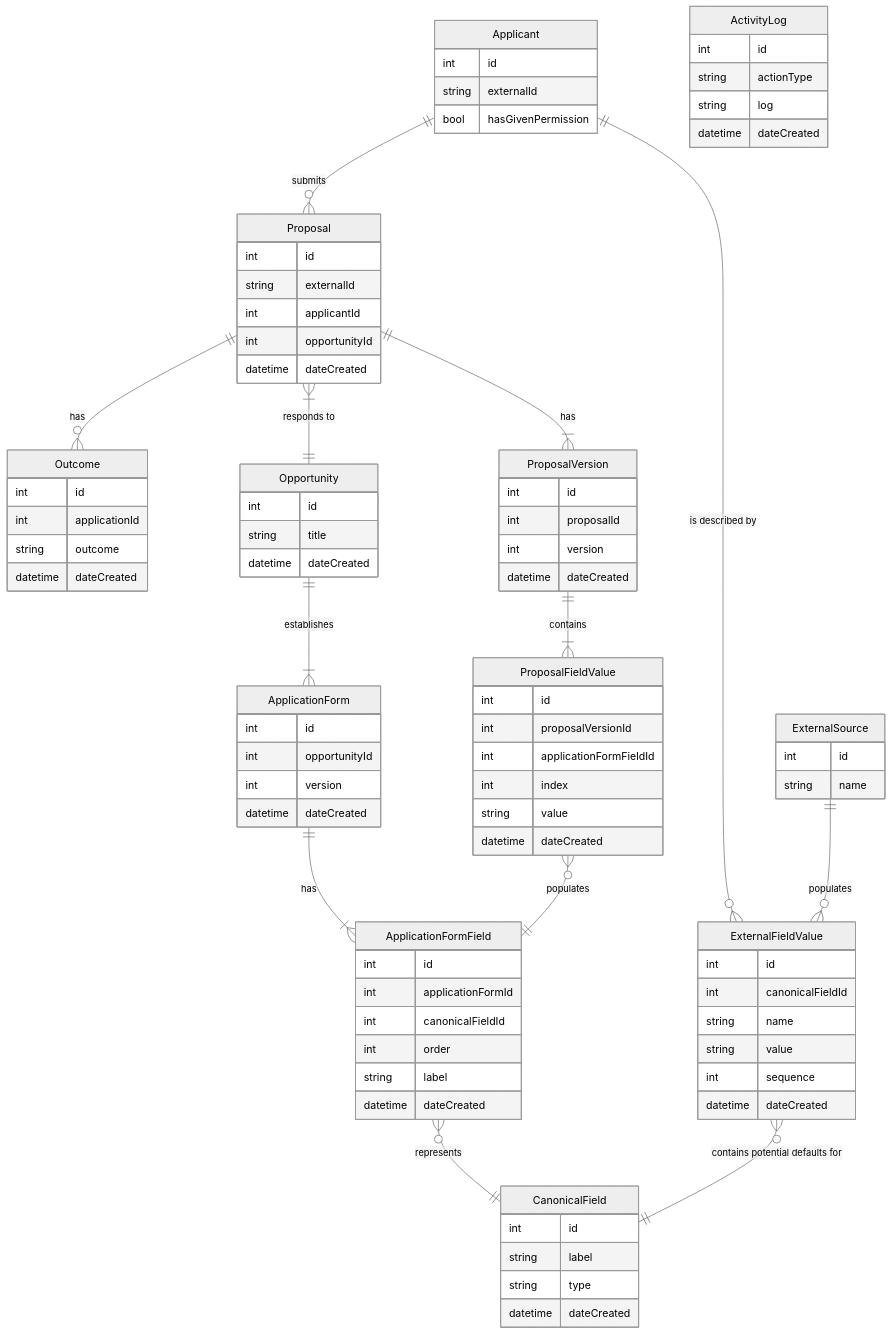
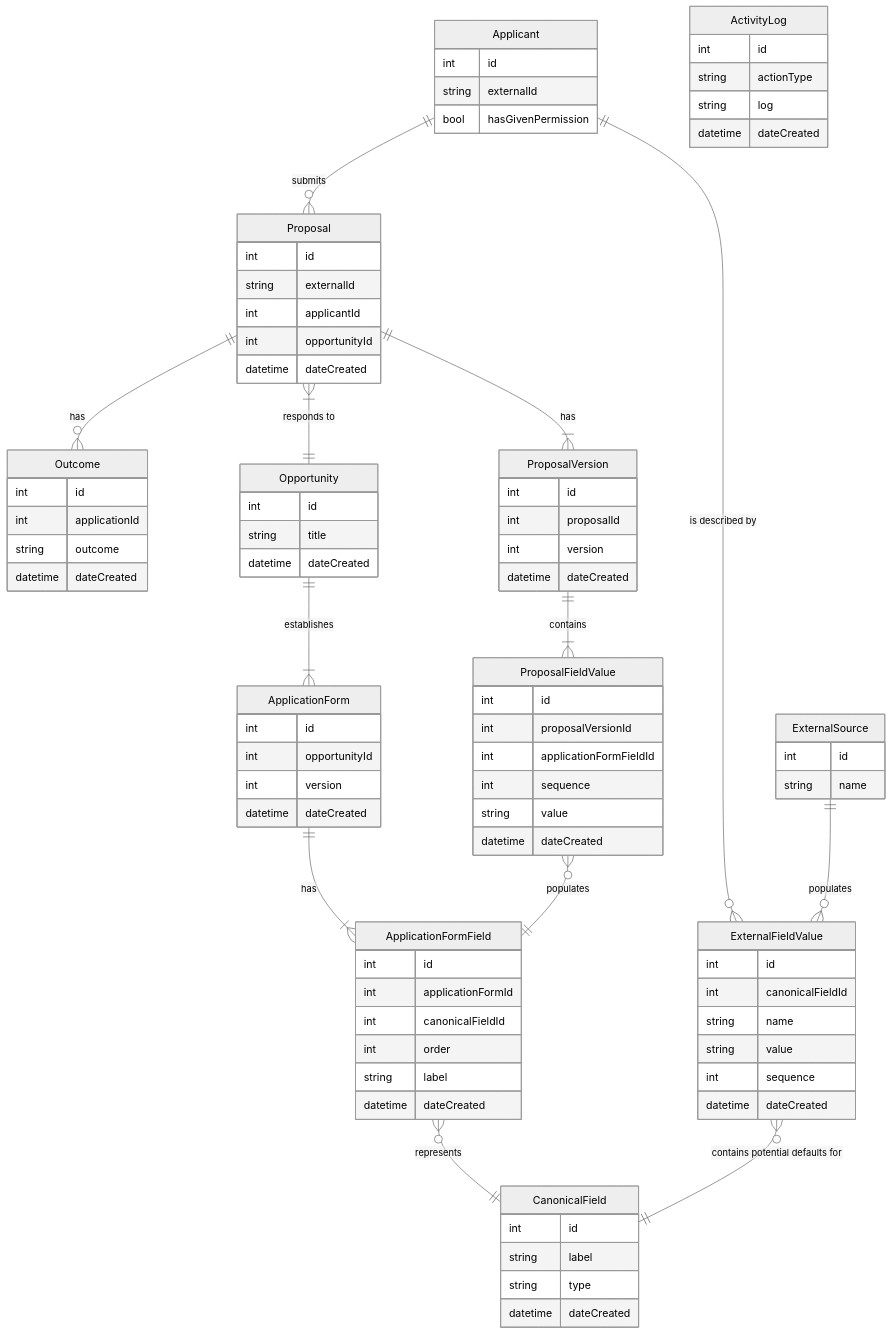
One commit to PhilanthropyDataCommons/service changed the first of 4 diagrams in docs/ENTITY_RELATIONSHIP_DIAGRAM.md. Above: the diagram before and after it, drawn with Mermaid (neutral theme). The commit also changed other lines of this file and 19 other files, not shown here.

```diff
--- a/docs/ENTITY_RELATIONSHIP_DIAGRAM.md
+++ b/docs/ENTITY_RELATIONSHIP_DIAGRAM.md
@@ -68,7 +68,7 @@
     int id
     int proposalVersionId
     int applicationFormFieldId
-    int index
+    int sequence
     string value
     datetime dateCreated
   }
```
